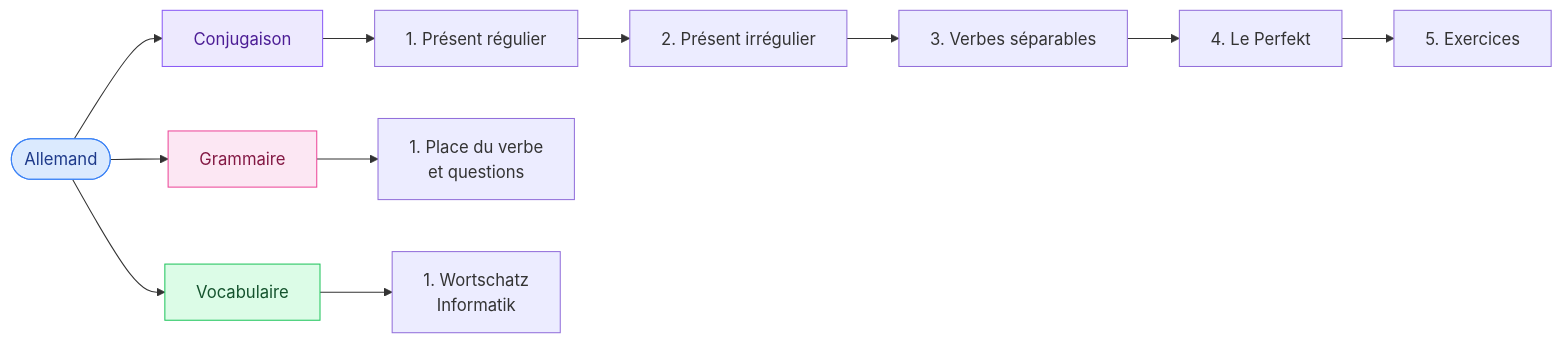
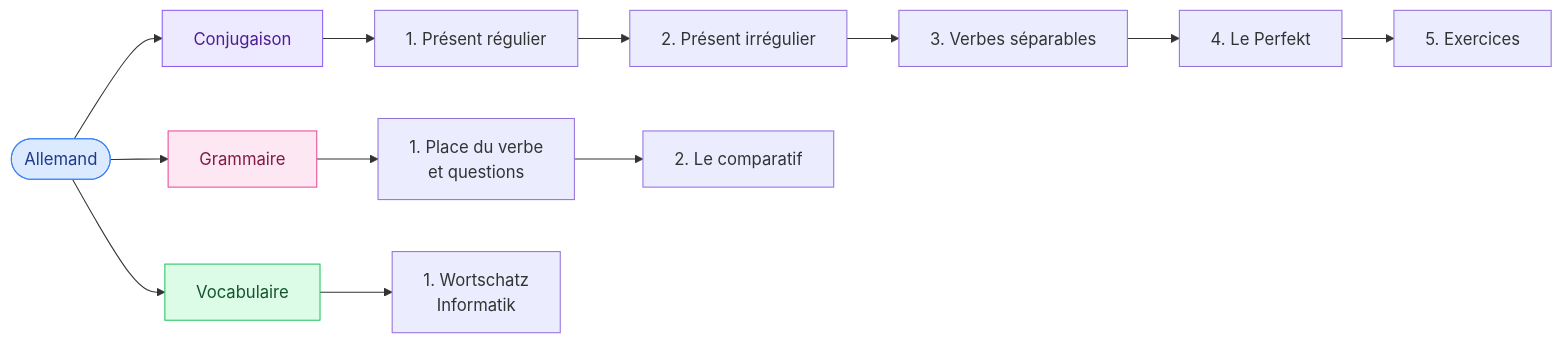
The diagram in allemand/allemand.md (GoobyWoobies/HEIA-IT), drawn with Mermaid before and after one commit. The commit also changed other lines of this file and 22 other files, not shown here.

````diff
--- a/allemand/allemand.md
+++ b/allemand/allemand.md
@@ -24,21 +24,22 @@
 ```mermaid
 flowchart LR
     A(["Allemand"]) --> C["Conjugaison"]
     A --> G["Grammaire"]
     A --> V["Vocabulaire"]
 
     C --> C1["1. Présent régulier"]
     C1 --> C2["2. Présent irrégulier"]
     C2 --> C3["3. Verbes séparables"]
     C3 --> C4["4. Le Perfekt"]
     C4 --> C5["5. Exercices"]
 
     G --> G1["1. Place du verbe<br/>et questions"]
+    G1 --> G2["2. Le comparatif"]
 
     V --> V1["1. Wortschatz<br/>Informatik"]
 
     style A fill:#dbeafe,stroke:#3b82f6,color:#1e3a8a
     style C fill:#ede9fe,stroke:#8b5cf6,color:#4c1d95
     style G fill:#fce7f3,stroke:#ec4899,color:#831843
     style V fill:#dcfce7,stroke:#22c55e,color:#14532d
 ```
````
